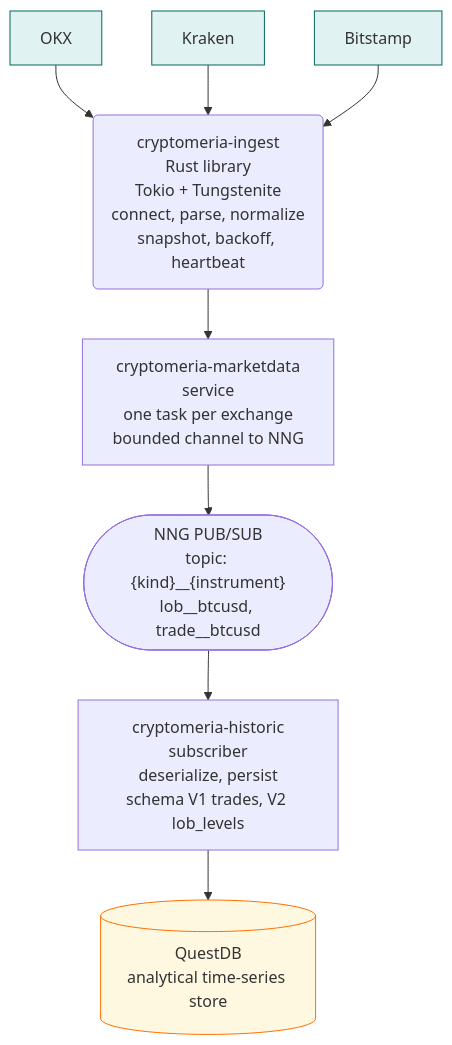
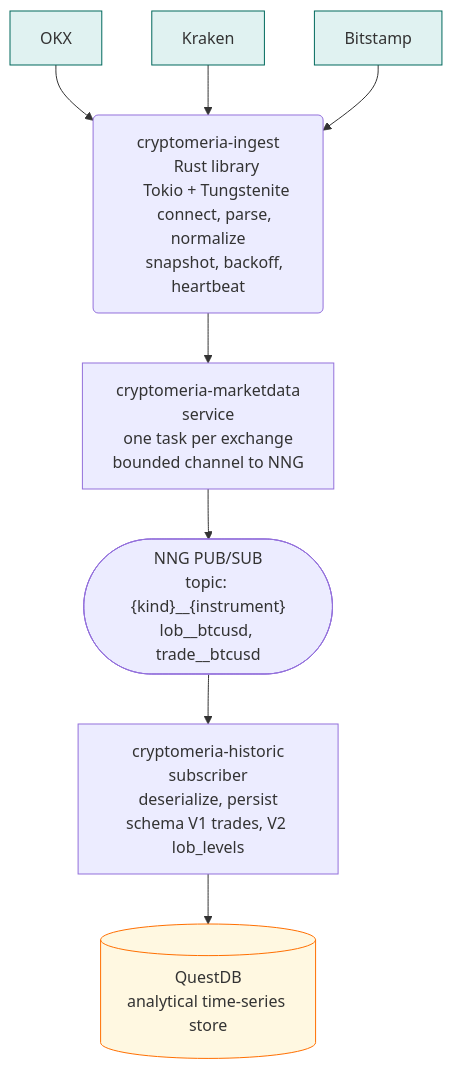
One commit to fibonsai/.github changed the diagram in profile/README.md. Above: the diagram before and after it, drawn with Mermaid.

````diff
--- a/profile/README.md
+++ b/profile/README.md
@@ -31,35 +31,39 @@
 ```mermaid
 flowchart TB
     %% Exchange feeds
     OKX["OKX"]
     Kraken["Kraken"]
     Bitstamp["Bitstamp"]
 
     %% Stage 1 - Ingest (library)
-    ingest("cryptomeria-ingest<br/>Rust library<br/>Tokio + Tungstenite<br/>connect, parse, normalize<br/>snapshot, backoff, heartbeat")
+    ingest("cryptomeria-ingest
+    Rust library
+    Tokio + Tungstenite
+    connect, parse, normalize
+    snapshot, backoff, heartbeat")
 
     %% Stage 2 - Marketdata (service)
     marketdata["cryptomeria-marketdata<br/>service<br/>one task per exchange<br/>bounded channel to NNG"]
 
     %% NNG pub/sub broker
     nng(["NNG PUB/SUB<br/>topic: {kind}__{instrument}<br/>lob__btcusd, trade__btcusd"])
 
     %% Stage 3 - Historic (subscriber)
     historic["cryptomeria-historic<br/>subscriber<br/>deserialize, persist<br/>schema V1 trades, V2 lob_levels"]
 
     %% Analytical store
     questdb[("QuestDB<br/>analytical time-series store")]
 
     OKX --> ingest
     Kraken --> ingest
     Bitstamp --> ingest
     ingest --> marketdata
     marketdata --> nng
     nng --> historic
     historic --> questdb
 
     classDef exchange fill:#e0f2f1,stroke:#00695c,stroke-width:1px
     classDef store fill:#fff8e1,stroke:#ff6f00,stroke-width:1px
     class OKX,Kraken,Bitstamp exchange
     class questdb store
 ```
````
